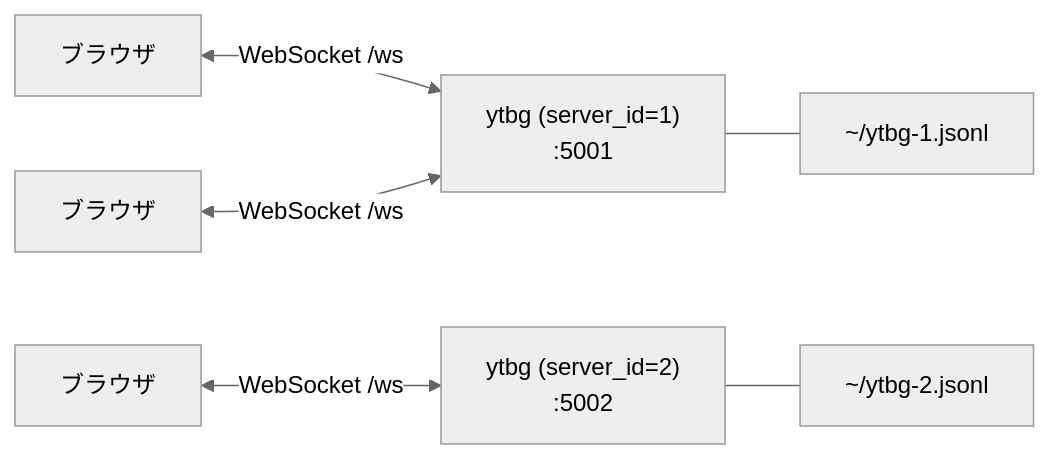
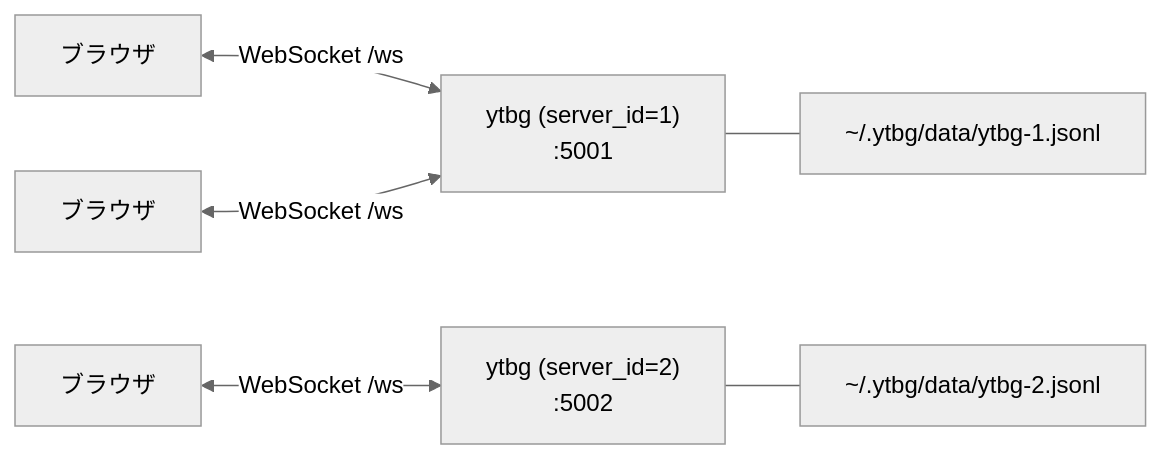
The first of 5 diagrams in docs/Developer.md (ytani01/ytBackgammon), drawn with Mermaid (neutral theme) before and after one commit. The commit also changed other lines of this file and 25 other files, not shown here.

````diff
--- a/docs/Developer.md
+++ b/docs/Developer.md
@@ -30,8 +30,8 @@
 ```mermaid
 graph LR
     B1["ブラウザ"] <-->|"WebSocket /ws"| S1["ytbg (server_id=1)<br/>:5001"]
     B2["ブラウザ"] <-->|"WebSocket /ws"| S1
     B3["ブラウザ"] <-->|"WebSocket /ws"| S2["ytbg (server_id=2)<br/>:5002"]
-    S1 --- F1["~/ytbg-1.jsonl"]
-    S2 --- F2["~/ytbg-2.jsonl"]
+    S1 --- F1["~/.ytbg/data/ytbg-1.jsonl"]
+    S2 --- F2["~/.ytbg/data/ytbg-2.jsonl"]
 ```
````
